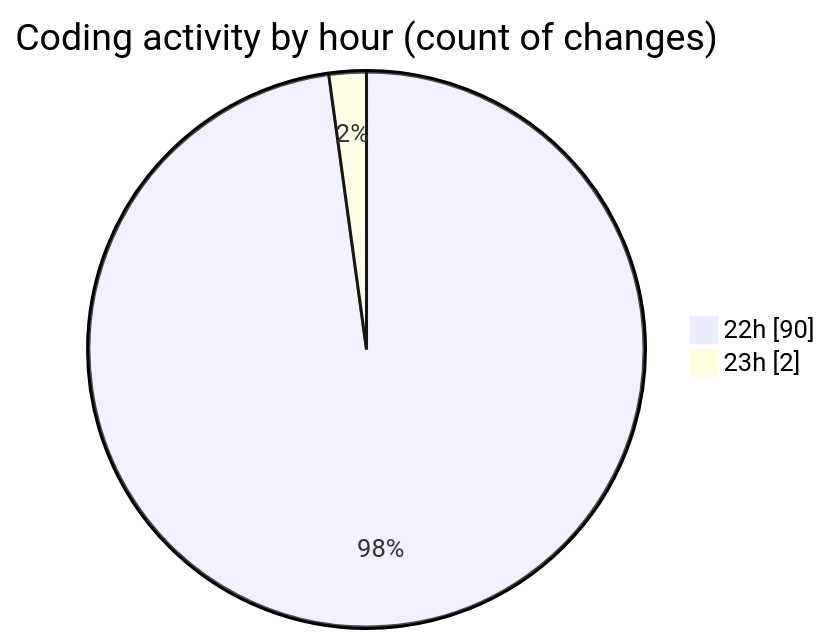
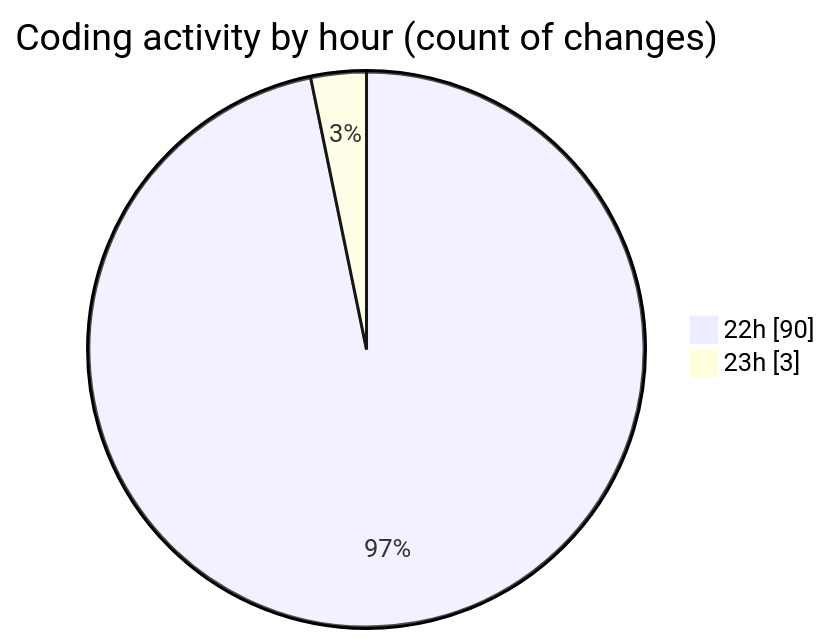
Before and after one commit to Ritupan-Deka/code-tracking: the second of 2 diagrams in 2025-08-01/javascript/README.md, drawn with Mermaid. The commit also changed other lines of this file and 1 other file, not shown here.

````diff
--- a/2025-08-01/javascript/README.md
+++ b/2025-08-01/javascript/README.md
@@ -28,6 +28,6 @@
 ```mermaid
 pie showData
 title Coding activity by hour (count of changes)
 "22h" : 90
-"23h" : 2
+"23h" : 3
 ```
````
